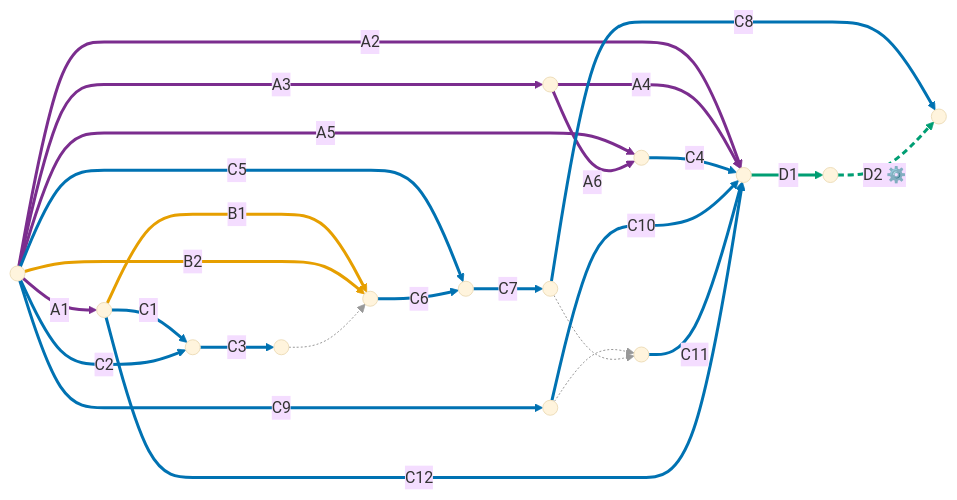
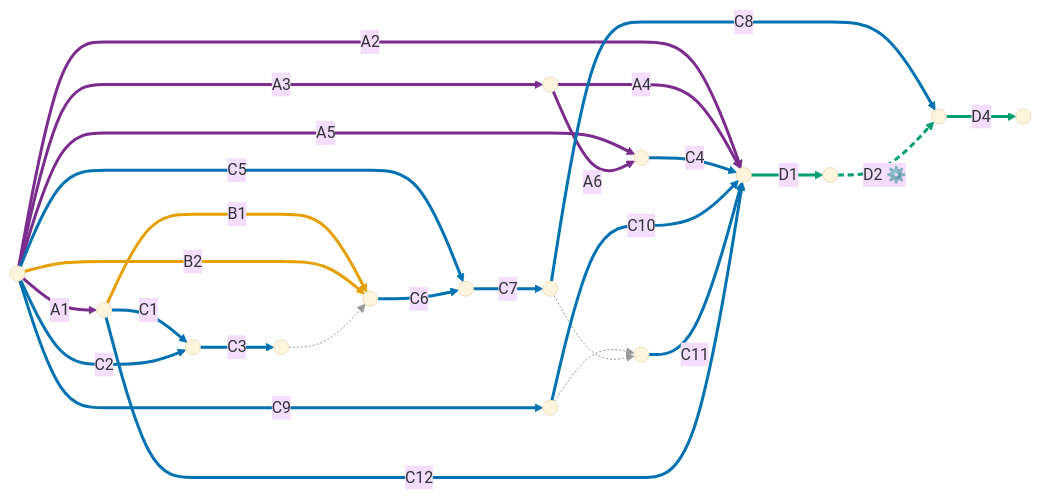
The diagram in docs/pt-br/publicar-teste-interno.md (monamienet/monamie-app), drawn with Mermaid (base theme) before and after one commit. The commit also changed other lines of this file and 12 other files, not shown here.

````diff
--- a/docs/pt-br/publicar-teste-interno.md
+++ b/docs/pt-br/publicar-teste-interno.md
@@ -25,55 +25,57 @@
 ```mermaid
 flowchart LR
     nS((" "))
     nK((" "))
     nW((" "))
     nF1((" "))
     nF2((" "))
     nCS((" "))
     nB((" "))
     nU((" "))
     nP((" "))
     nSA((" "))
     nI((" "))
     nCI((" "))
     nM((" "))
     nE((" "))
+    nCl((" "))
 
     nS -->|A1| nK
     nS -->|A2| nCI
     nS -->|A3| nW
     nW -->|A4| nCI
     nS -->|A5| nCS
     nW -->|A6| nCS
     nK -->|B1| nB
     nS -->|B2| nB
     nK -->|C1| nF1
     nS -->|C2| nF1
     nF1 -->|C3| nF2
     nF2 -.-> nB
     nCS -->|C4| nCI
     nS -->|C5| nU
     nB -->|C6| nU
     nU -->|C7| nP
     nP -->|C8| nE
     nS -->|C9| nSA
     nSA -.-> nI
     nP -.-> nI
     nSA -->|C10| nCI
     nI -->|C11| nCI
     nK -->|C12| nCI
     nCI -->|D1| nM
     nM -->|D2 ⚙️| nE
+    nE -->|D4| nCl
 
     %% uma vez para a empresa (roxo)
     linkStyle 0,1,2,3,4,5 stroke:#7b2d8e,stroke-width:3px
     %% uma vez por máquina (laranja)
     linkStyle 6,7 stroke:#e69f00,stroke-width:3px
     %% uma vez para o app (azul)
     linkStyle 8,9,10,12,13,14,15,16,17,20,21,22 stroke:#0072b2,stroke-width:3px
     %% só dependência, sem trabalho (cinza)
     linkStyle 11,18,19 stroke:#999999,stroke-width:1px
     %% a cada versão: manual (verde) e automático (verde tracejado)
-    linkStyle 23 stroke:#009e73,stroke-width:3px
+    linkStyle 23,25 stroke:#009e73,stroke-width:3px
     linkStyle 24 stroke:#009e73,stroke-width:3px,stroke-dasharray:6 4
 ```
````
